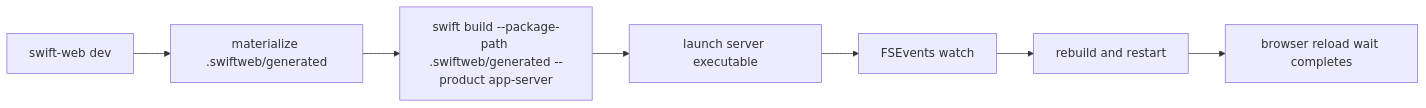
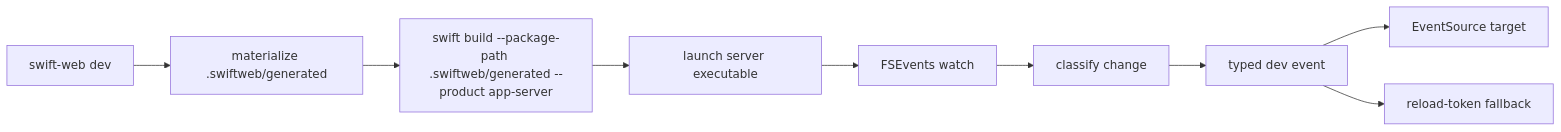
Before and after one commit to 1amageek/swift-web: the third of 3 diagrams in Examples/CounterApp/README.md, drawn with Mermaid. The commit also changed other lines of this file and 40 other files, not shown here.

````diff
--- a/Examples/CounterApp/README.md
+++ b/Examples/CounterApp/README.md
@@ -108,9 +120,11 @@
 ```mermaid
 flowchart LR
   A["swift-web dev"] --> B["materialize .swiftweb/generated"]
   B --> C["swift build --package-path .swiftweb/generated --product app-server"]
   C --> D["launch server executable"]
   D --> E["FSEvents watch"]
-  E --> F["rebuild and restart"]
-  F --> G["browser reload wait completes"]
+  E --> F["classify change"]
+  F --> G["typed dev event"]
+  G --> H["EventSource target"]
+  G --> I["reload-token fallback"]
 ```
````
